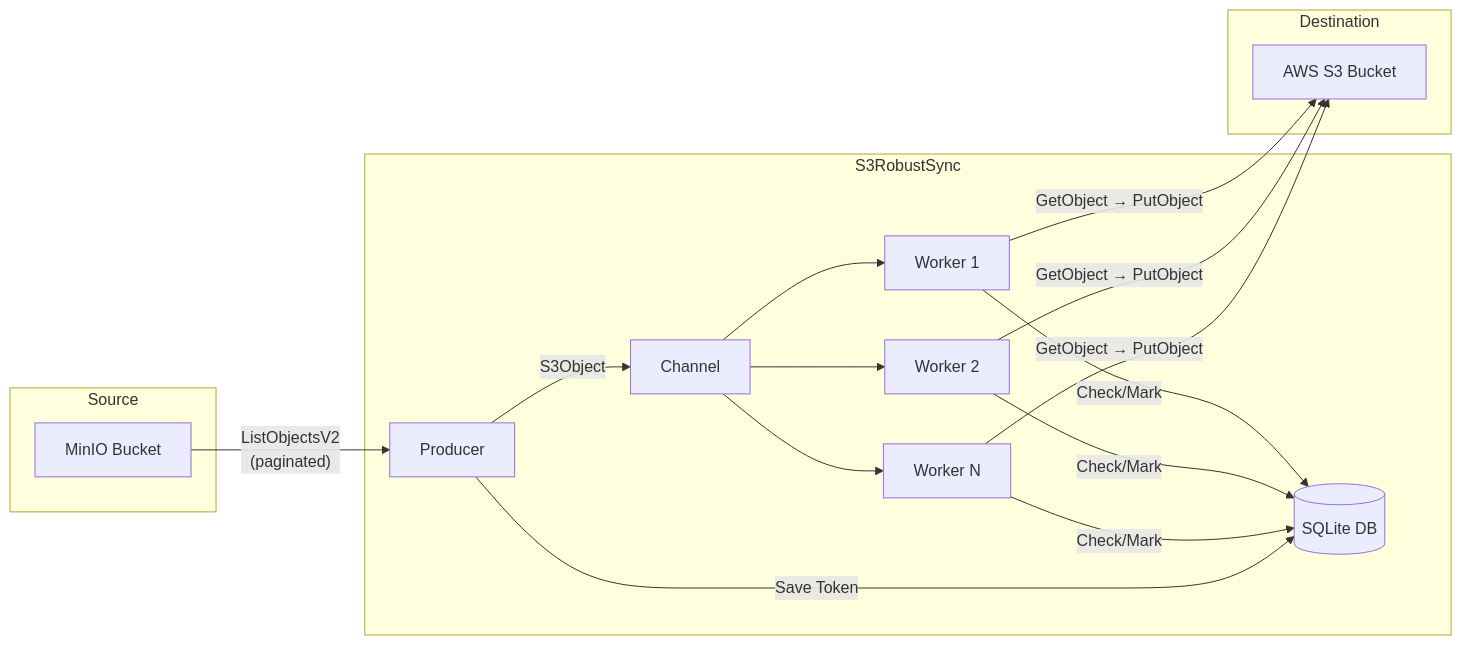
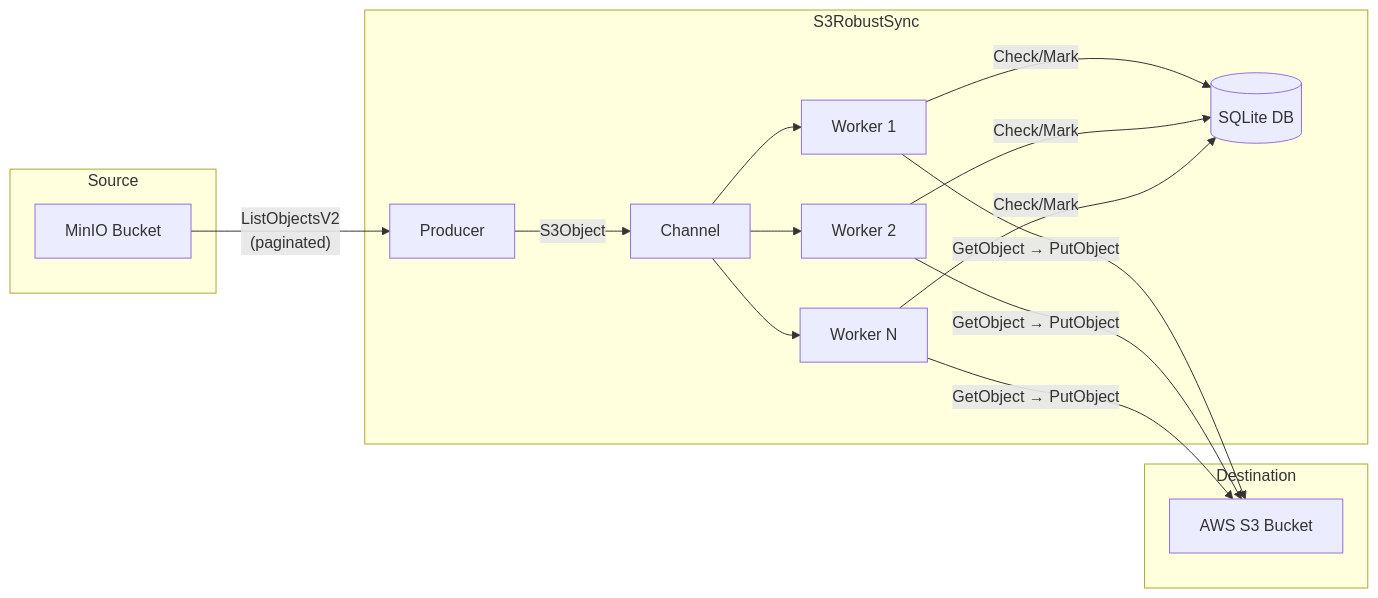
The first of 6 diagrams in README.md (linus-berg/s3-robust-sync), drawn with Mermaid before and after one commit. The commit also changed other lines of this file and 3 other files, not shown here.

````diff
--- a/README.md
+++ b/README.md
@@ -143,26 +139,25 @@
 ```mermaid
 flowchart LR
     subgraph Source
         M["MinIO Bucket"]
     end
 
     subgraph S3RobustSync
         P["Producer"]
         CH["Channel"]
         C1["Worker 1"]
         C2["Worker 2"]
         C3["Worker N"]
         DB[("SQLite DB")]
     end
 
     subgraph Destination
         AWS["AWS S3 Bucket"]
     end
 
     M -->|"ListObjectsV2\n(paginated)"| P
     P -->|"S3Object"| CH
     CH --> C1 & C2 & C3
     C1 & C2 & C3 -->|"Check/Mark"| DB
     C1 & C2 & C3 -->|"GetObject → PutObject"| AWS
-    P -->|"Save Token"| DB
 ```
````
